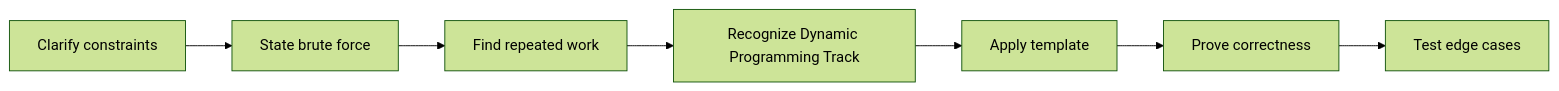
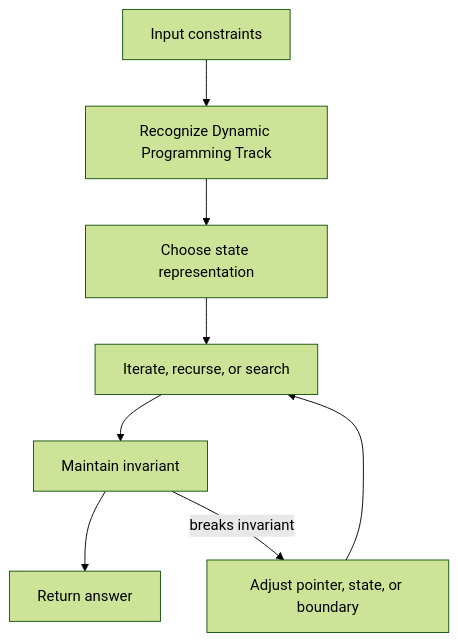
Before and after one commit to abstractinterviews/abstractinterviews.github.io: the second of 2 diagrams in coding-round/patterns/dynamic-programming-track/index.md, drawn with Mermaid (forest theme). The commit also changed other lines of this file and 278 other files, not shown here.

````diff
--- a/coding-round/patterns/dynamic-programming-track/index.md
+++ b/coding-round/patterns/dynamic-programming-track/index.md
@@ -152,9 +150,10 @@
-~~~mermaid
-flowchart LR
-    A["Clarify constraints"] --> B["State brute force"]
-    B --> C["Find repeated work"]
-    C --> D["Recognize Dynamic Programming Track"]
-    D --> E["Apply template"]
-    E --> F["Prove correctness"]
-    F --> G["Test edge cases"]
-~~~
+```mermaid
+flowchart TD
+    Input["Input constraints"] --> Pattern["Recognize Dynamic Programming Track"]
+    Pattern --> State["Choose state representation"]
+    State --> Iterate["Iterate, recurse, or search"]
+    Iterate --> Check["Maintain invariant"]
+    Check --> Result["Return answer"]
+    Check -->|breaks invariant| Fix["Adjust pointer, state, or boundary"]
+    Fix --> Iterate
+```
````
